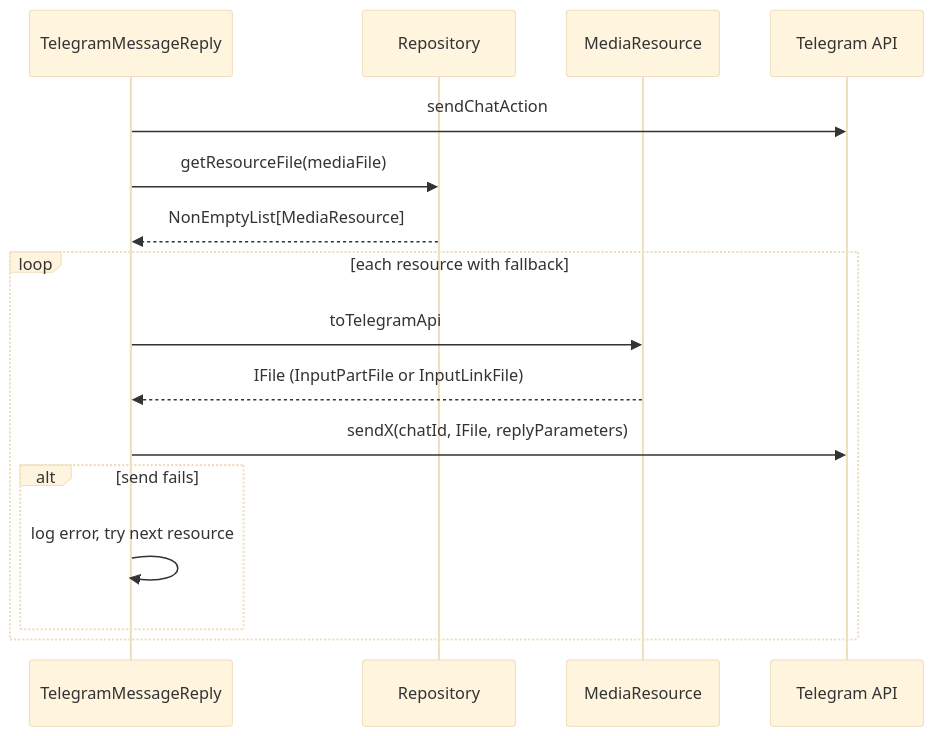
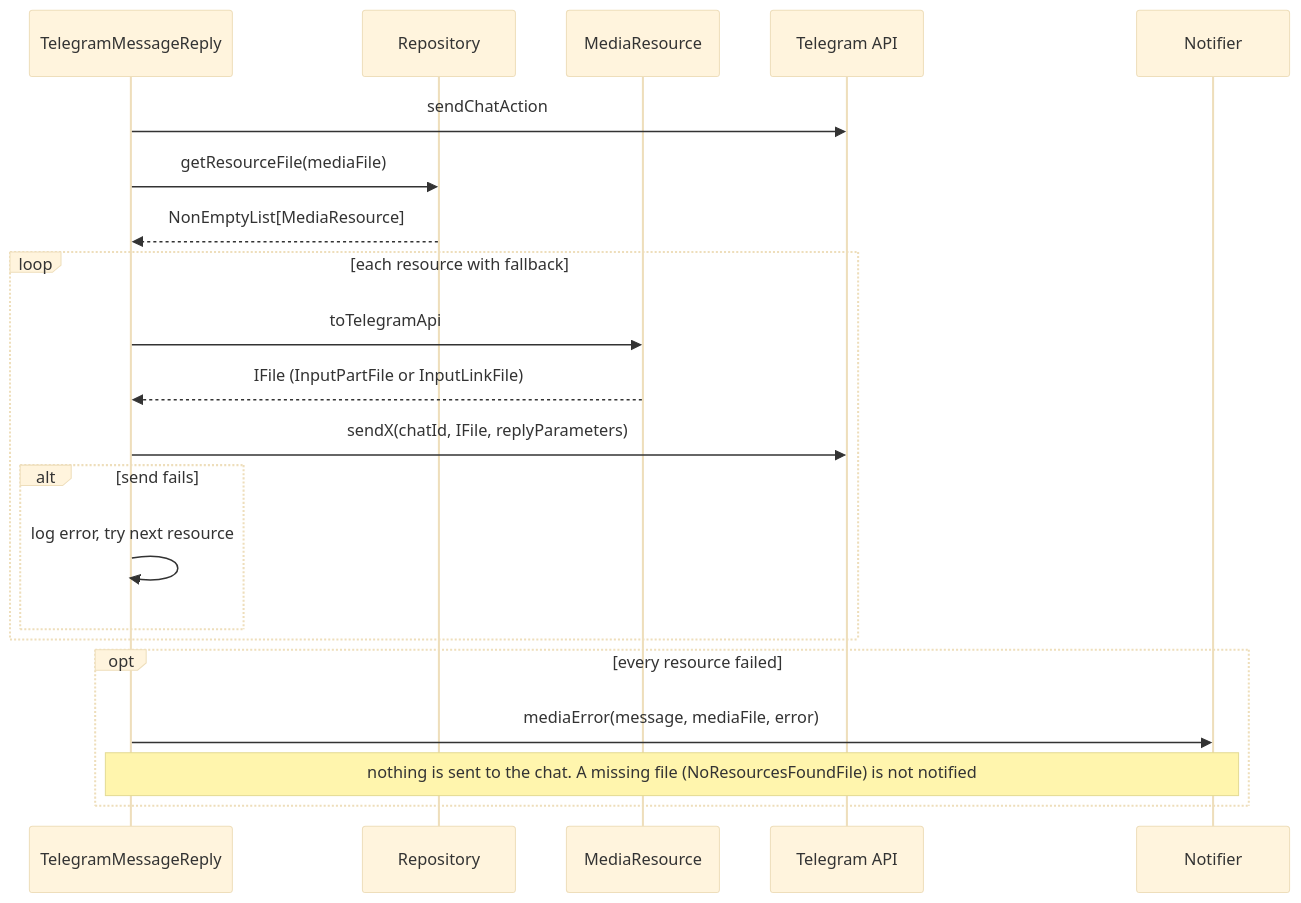
One commit to benkio/sBots changed the fifth of 6 diagrams in docs/bot-logic-overview.md. Above: the diagram before and after it, drawn with Mermaid (base theme). The commit also changed other lines of this file and 4 other files, not shown here.

First line of the commit message:
Docs refresh for the platform architecture

````diff
--- a/docs/bot-logic-overview.md
+++ b/docs/bot-logic-overview.md
@@ -101,20 +177,26 @@
 ```mermaid
 sequenceDiagram
   participant T as TelegramMessageReply
   participant R as Repository
   participant MR as MediaResource
   participant API as Telegram API
+  participant N as Notifier
 
   T->>API: sendChatAction
   T->>R: getResourceFile(mediaFile)
   R-->>T: NonEmptyList[MediaResource]
 
   loop each resource with fallback
     T->>MR: toTelegramApi
     MR-->>T: IFile (InputPartFile or InputLinkFile)
     T->>API: sendX(chatId, IFile, replyParameters)
     alt send fails
       T->>T: log error, try next resource
     end
   end
+
+  opt every resource failed
+    T->>N: mediaError(message, mediaFile, error)
+    Note over T,N: nothing is sent to the chat. A missing file (NoResourcesFoundFile) is not notified
+  end
 ```
````
